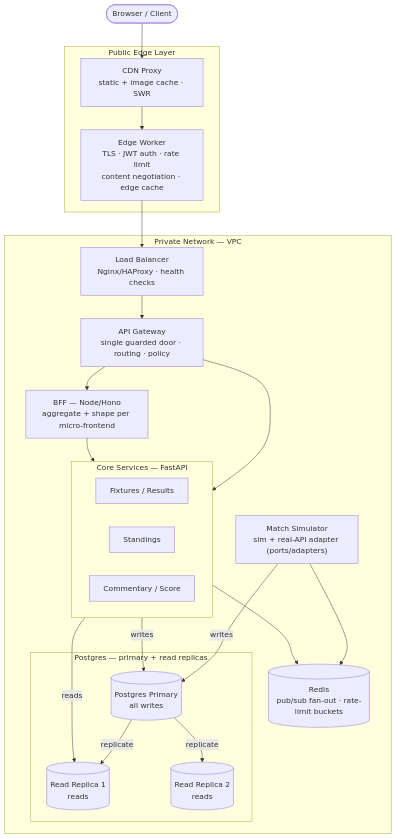
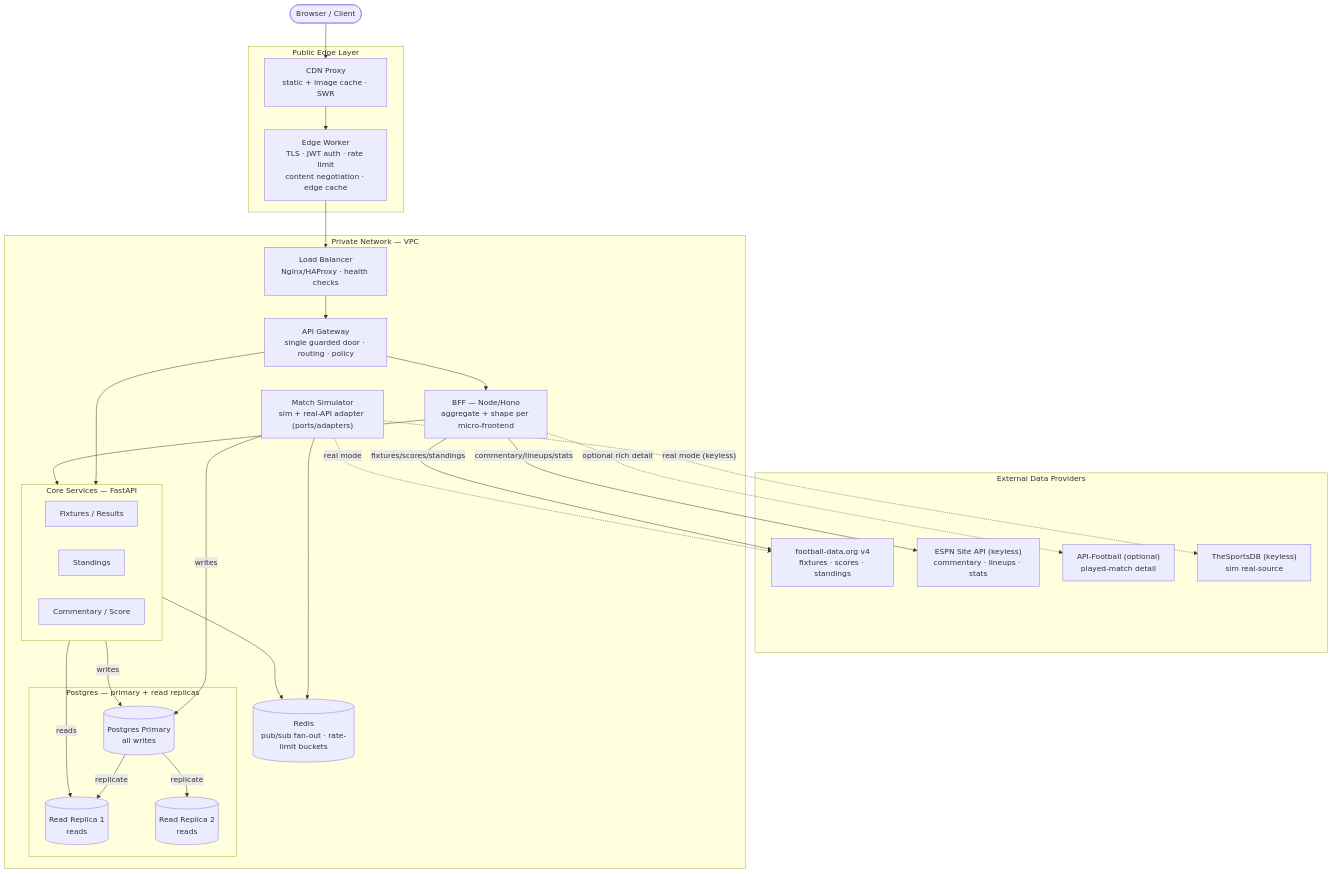
One commit to bishakhne0gi/hades changed the first of 5 diagrams in architecture.md. Above: the diagram before and after it, drawn with Mermaid. The commit also changed other lines of this file and 8 other files, not shown here.

````diff
--- a/architecture.md
+++ b/architecture.md
@@ -16,42 +16,57 @@
 ```mermaid
 flowchart TD
     Browser([Browser / Client])
+
+    subgraph EXT[External Data Providers]
+      FD["football-data.org v4<br/>fixtures · scores · standings"]
+      ESPN["ESPN Site API (keyless)<br/>commentary · lineups · stats"]
+      AF["API-Football (optional)<br/>played-match detail"]
+      TSDB["TheSportsDB (keyless)<br/>sim real-source"]
+    end
 
     subgraph PUBLIC[Public Edge Layer]
       CDN["CDN Proxy<br/>static + image cache · SWR"]
       EDGE["Edge Worker<br/>TLS · JWT auth · rate limit<br/>content negotiation · edge cache"]
     end
 
     subgraph VPC[Private Network — VPC]
       LB["Load Balancer<br/>Nginx/HAProxy · health checks"]
       GW["API Gateway<br/>single guarded door · routing · policy"]
       BFF["BFF — Node/Hono<br/>aggregate + shape per micro-frontend"]
 
       subgraph CORE[Core Services — FastAPI]
         SVC1["Fixtures / Results"]
         SVC2["Standings"]
         SVC3["Commentary / Score"]
       end
 
       SIM["Match Simulator<br/>sim + real-API adapter (ports/adapters)"]
       REDIS[("Redis<br/>pub/sub fan-out · rate-limit buckets")]
 
       subgraph DB[Postgres — primary + read replicas]
         PGP[("Postgres Primary<br/>all writes")]
         PGR1[("Read Replica 1<br/>reads")]
         PGR2[("Read Replica 2<br/>reads")]
       end
     end
 
     Browser --> CDN --> EDGE --> LB --> GW
     GW --> BFF
     GW --> CORE
     BFF --> CORE
     CORE -- writes --> PGP
     CORE -- reads --> PGR1
     PGP -- replicate --> PGR1
     PGP -- replicate --> PGR2
     SIM -- writes --> PGP
     SIM --> REDIS
     CORE --> REDIS
+
+    %% Real-data path: BFF calls external football APIs server-side (cached, stale-on-error)
+    BFF -- "fixtures/scores/standings" --> FD
+    BFF -- "commentary/lineups/stats" --> ESPN
+    BFF -. "optional rich detail" .-> AF
+    %% Simulator real adapters (DATA_SOURCE=real | thesportsdb)
+    SIM -. "real mode" .-> FD
+    SIM -. "real mode (keyless)" .-> TSDB
 ```
````
